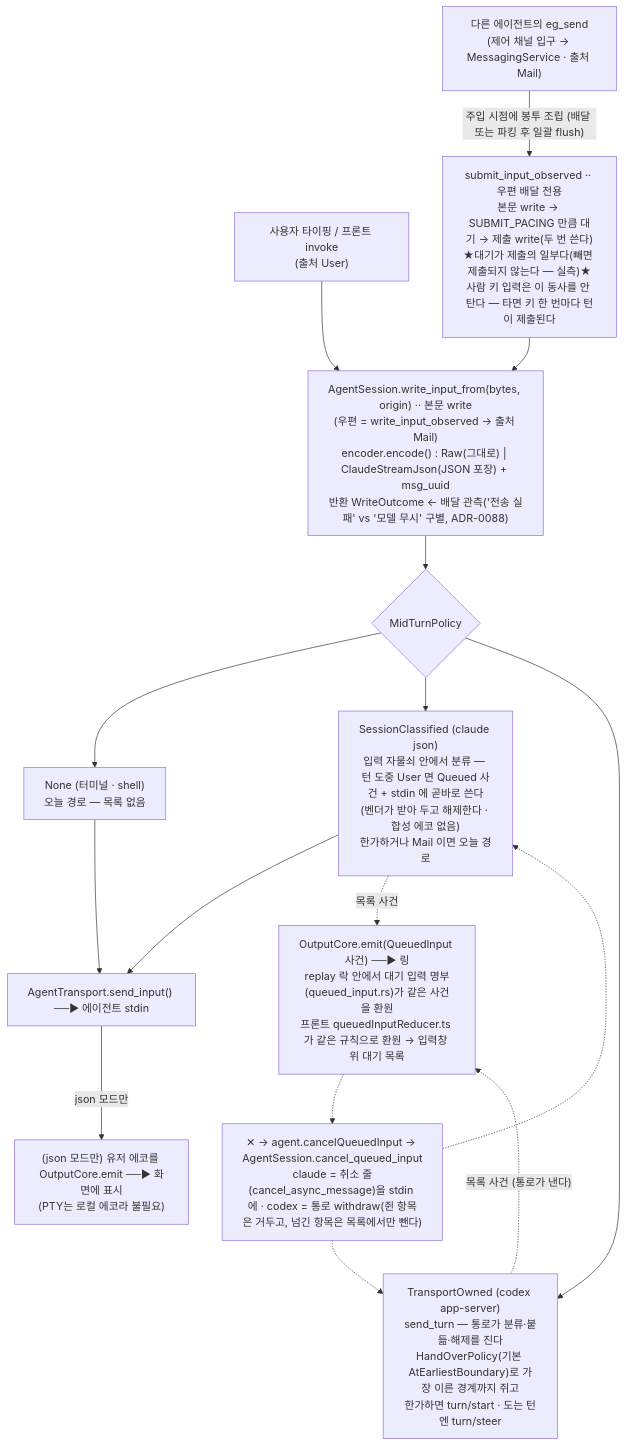
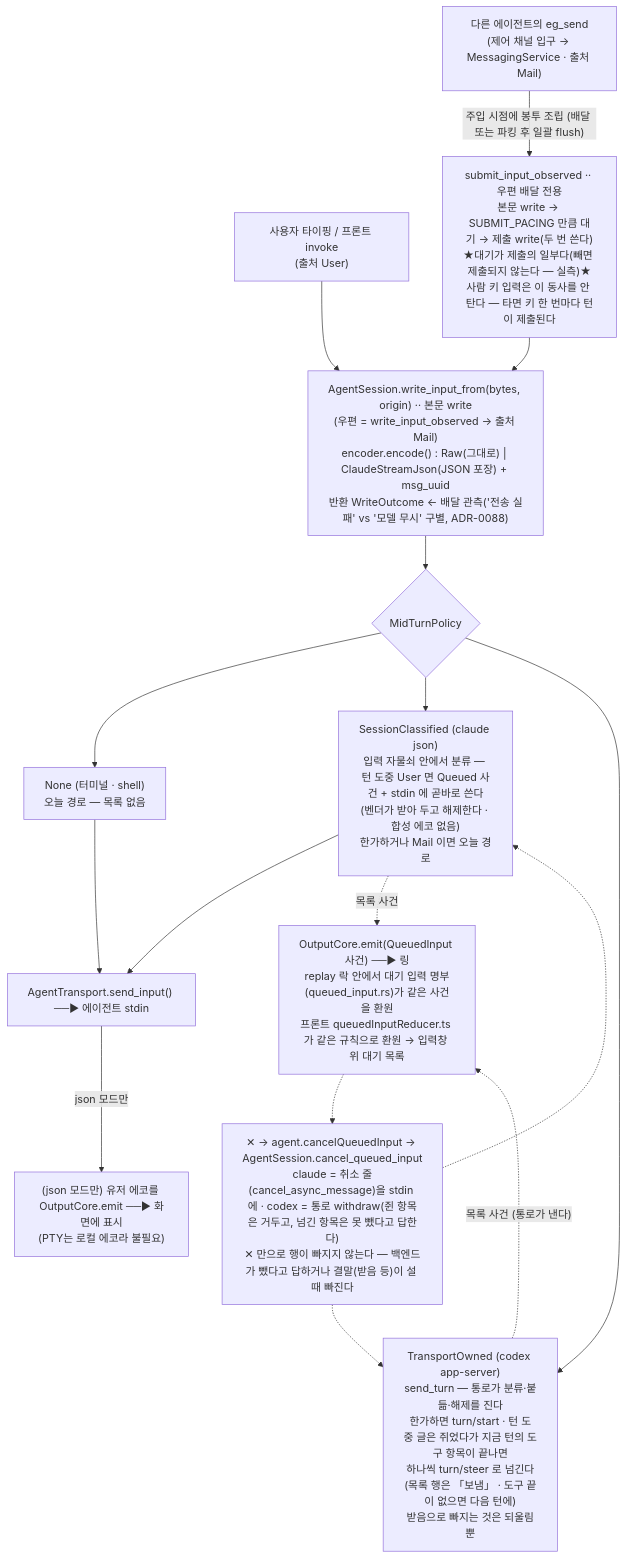
The sixth of 20 diagrams in docs/reference/architecture-overview.md (kimsunzun/engram-dashboard), drawn with Mermaid before and after one commit. The commit also changed other lines of this file and 21 other files, not shown here.

````diff
--- a/docs/reference/architecture-overview.md
+++ b/docs/reference/architecture-overview.md
@@ -263,30 +263,30 @@
 ```mermaid
 flowchart TD
   IN1["사용자 타이핑 / 프론트 invoke<br/>(출처 User)"]
   IN2["다른 에이전트의 eg_send<br/>(제어 채널 입구 → MessagingService · 출처 Mail)"]
   WI["AgentSession.write_input_from(bytes, origin) ·· 본문 write<br/>(우편 = write_input_observed → 출처 Mail)<br/>encoder.encode() : Raw(그대로) | ClaudeStreamJson(JSON 포장) + msg_uuid<br/>반환 WriteOutcome ← 배달 관측('전송 실패' vs '모델 무시' 구별, ADR-0088)"]
   SUBMIT["submit_input_observed ·· 우편 배달 전용<br/>본문 write → SUBMIT_PACING 만큼 대기 → 제출 write(두 번 쓴다)<br/>★대기가 제출의 일부다(빼면 제출되지 않는다 — 실측)★<br/>사람 키 입력은 이 동사를 안 탄다 — 타면 키 한 번마다 턴이 제출된다"]
   POL{"MidTurnPolicy"}
   NONE["None (터미널 · shell)<br/>오늘 경로 — 목록 없음"]
   SC["SessionClassified (claude json)<br/>입력 자물쇠 안에서 분류 — 턴 도중 User 면 Queued 사건 + stdin 에 곧바로 쓴다<br/>(벤더가 받아 두고 해제한다 · 합성 에코 없음)<br/>한가하거나 Mail 이면 오늘 경로"]
-  TO["TransportOwned (codex app-server)<br/>send_turn — 통로가 분류·붙듦·해제를 진다<br/>HandOverPolicy(기본 AtEarliestBoundary)로 가장 이른 경계까지 쥐고<br/>한가하면 turn/start · 도는 턴엔 turn/steer"]
+  TO["TransportOwned (codex app-server)<br/>send_turn — 통로가 분류·붙듦·해제를 진다<br/>한가하면 turn/start · 턴 도중 글은 쥐었다가 지금 턴의 도구 항목이 끝나면<br/>하나씩 turn/steer 로 넘긴다(목록 행은 「보냄」 · 도구 끝이 없으면 다음 턴에)<br/>받음으로 빠지는 것은 되울림뿐"]
   SI["AgentTransport.send_input() ──▶ 에이전트 stdin"]
   ECHO["(json 모드만) 유저 에코를 OutputCore.emit ──▶ 화면에 표시<br/>(PTY는 로컬 에코라 불필요)"]
   RING["OutputCore.emit(QueuedInput 사건) ──▶ 링<br/>replay 락 안에서 대기 입력 명부(queued_input.rs)가 같은 사건을 환원<br/>프론트 queuedInputReducer.ts 가 같은 규칙으로 환원 → 입력창 위 대기 목록"]
-  X["✕ → agent.cancelQueuedInput → AgentSession.cancel_queued_input<br/>claude = 취소 줄(cancel_async_message)을 stdin 에 · codex = 통로 withdraw(쥔 항목은 거두고, 넘긴 항목은 목록에서만 뺀다)"]
+  X["✕ → agent.cancelQueuedInput → AgentSession.cancel_queued_input<br/>claude = 취소 줄(cancel_async_message)을 stdin 에 · codex = 통로 withdraw(쥔 항목은 거두고, 넘긴 항목은 못 뺐다고 답한다)<br/>✕ 만으로 행이 빠지지 않는다 — 백엔드가 뺐다고 답하거나 결말(받음 등)이 설 때 빠진다"]
 
   IN1 --> WI
   IN2 -->|"주입 시점에 봉투 조립 (배달 또는 파킹 후 일괄 flush)"| SUBMIT
   SUBMIT --> WI
   WI --> POL
   POL --> NONE --> SI
   POL --> SC
   SC --> SI
   SC -.->|"목록 사건"| RING
   POL --> TO
   TO -.->|"목록 사건 (통로가 낸다)"| RING
   SI -->|"json 모드만"| ECHO
   RING -.-> X
   X -.-> SC
   X -.-> TO
 ```
````
